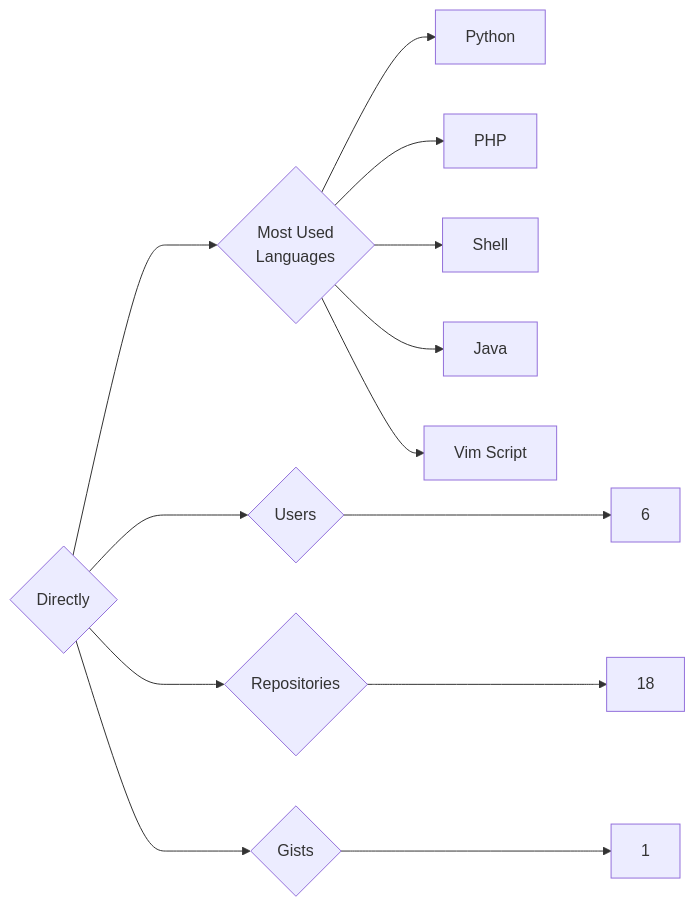
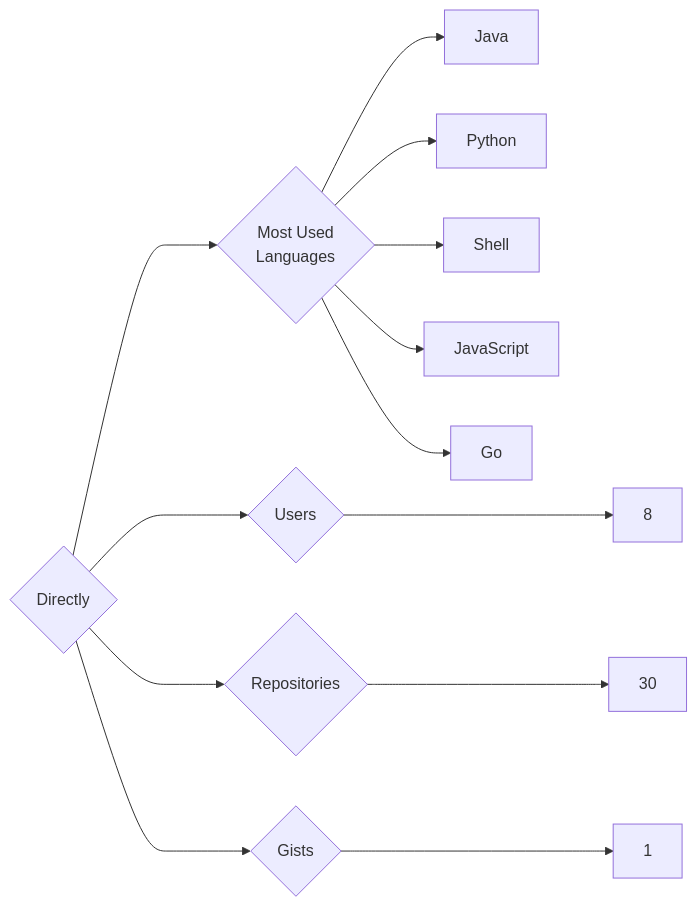
The diagram in targets/Directly/README.md (trickest/insiders), drawn with Mermaid before and after one commit. The commit also changed 1170 other files, not shown here.

````diff
--- a/targets/Directly/README.md
+++ b/targets/Directly/README.md
@@ -3,13 +3,13 @@
 ```mermaid
 graph LR
 COMPANY_NAME{Directly}
-COMPANY_NAME ---> U{Users} ---> UN[6]
-COMPANY_NAME ---> R{Repositories} ---> RN[18]
+COMPANY_NAME ---> U{Users} ---> UN[8]
+COMPANY_NAME ---> R{Repositories} ---> RN[30]
 COMPANY_NAME ---> G{Gists} ---> GN[1]
 COMPANY_NAME ---> ML{Most Used<br>Languages}
+ML --> Java[Java]
 ML --> Python[Python]
-ML --> PHP[PHP]
 ML --> Shell[Shell]
-ML --> Java[Java]
-ML --> Vim_Script[Vim Script]
+ML --> JavaScript[JavaScript]
+ML --> Go[Go]
 ```
````
